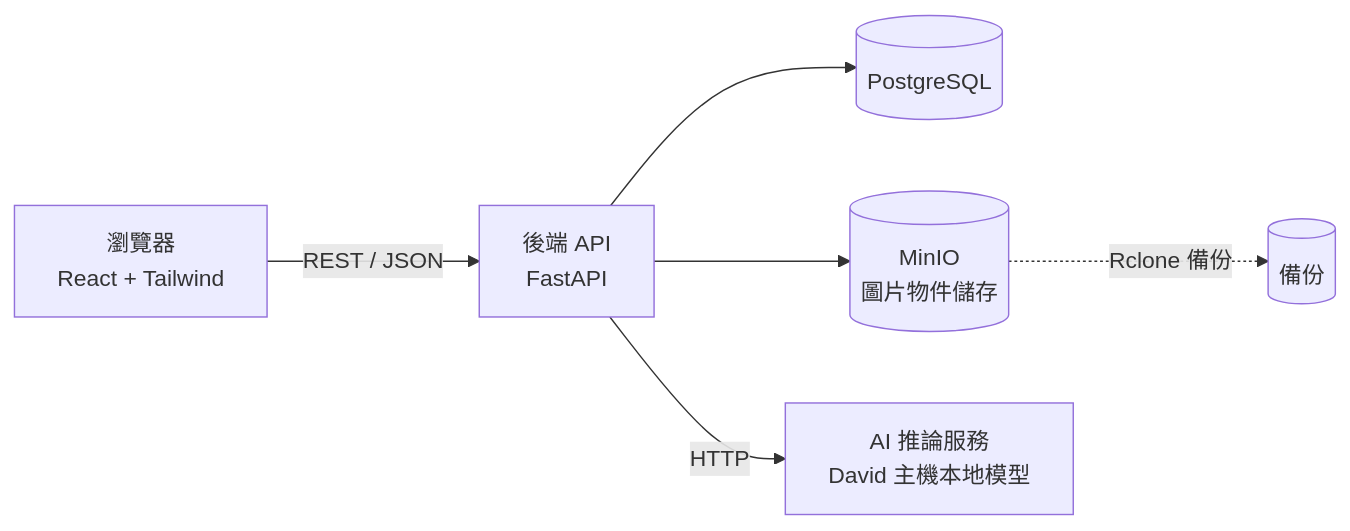
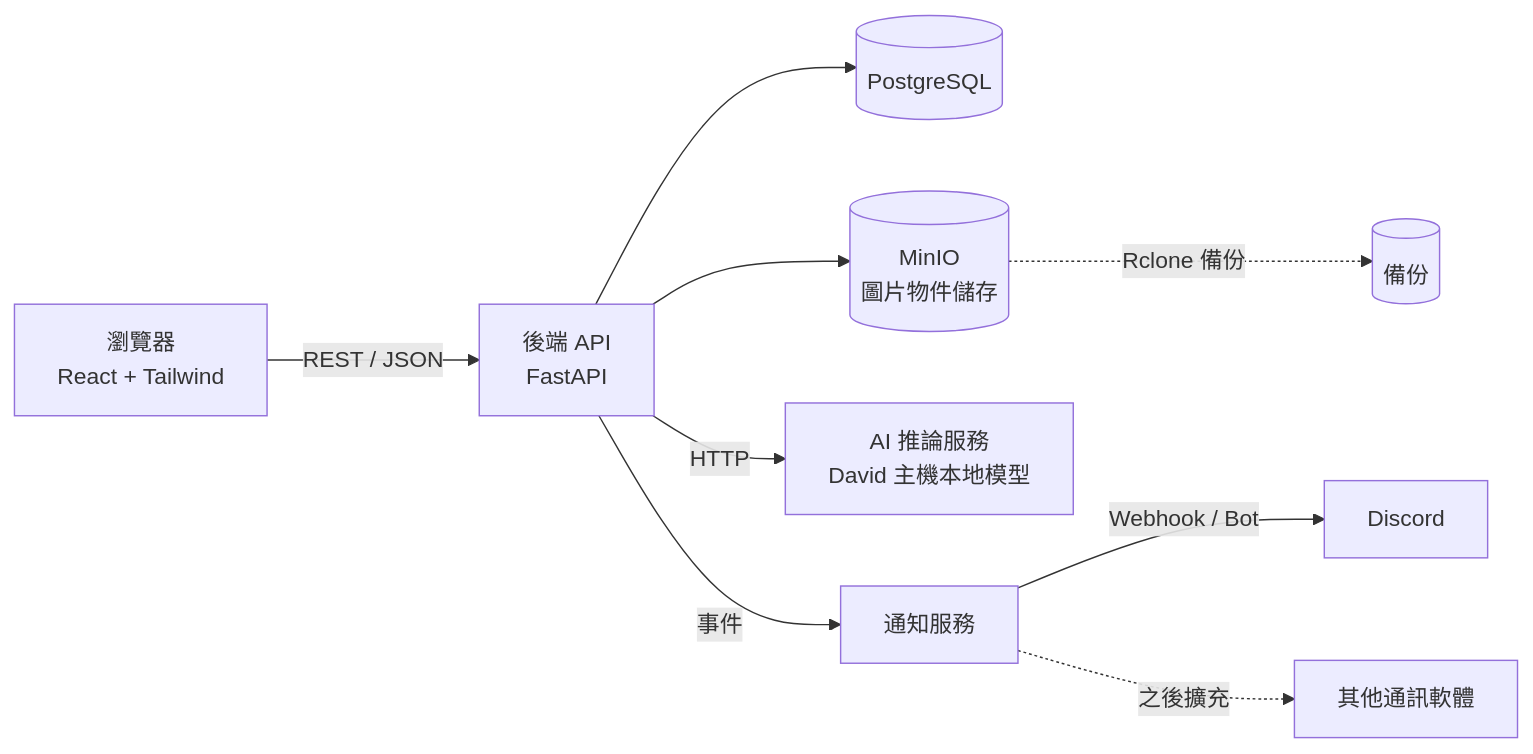
One commit to 527lab/ReviewStack changed the first of 3 diagrams in docs/architecture.md. Above: the diagram before and after it, drawn with Mermaid. The commit also changed other lines of this file, not shown here.

````diff
--- a/docs/architecture.md
+++ b/docs/architecture.md
@@ -23,8 +36,11 @@
 ```mermaid
 flowchart LR
   U[瀏覽器<br/>React + Tailwind] -->|REST / JSON| B[後端 API<br/>FastAPI]
   B --> D[(PostgreSQL)]
   B --> S[(MinIO<br/>圖片物件儲存)]
   B -->|HTTP| A[AI 推論服務<br/>David 主機本地模型]
+  B -->|事件| N[通知服務]
+  N -->|Webhook / Bot| DC[Discord]
+  N -.->|之後擴充| O[其他通訊軟體]
   S -.->|Rclone 備份| BK[(備份)]
 ```
````
